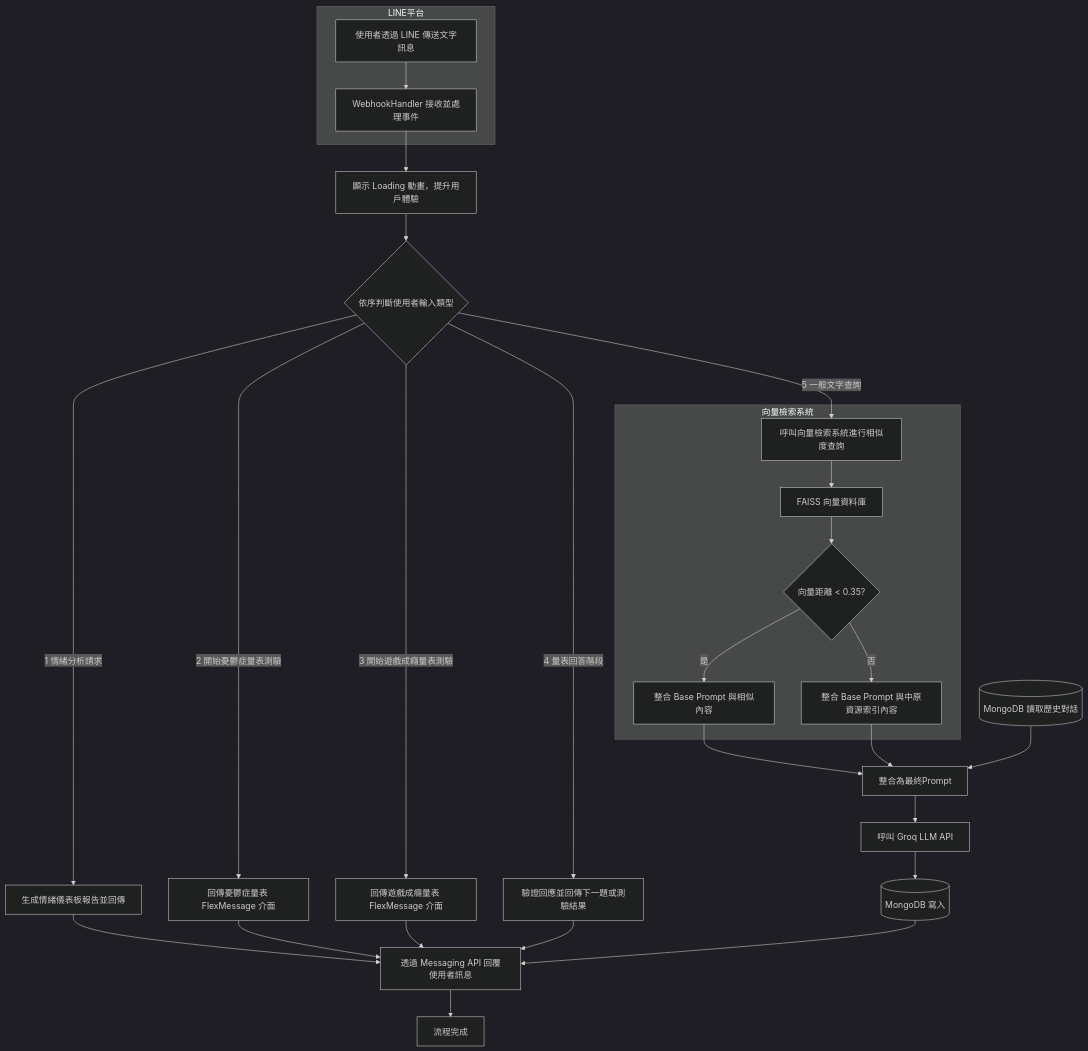
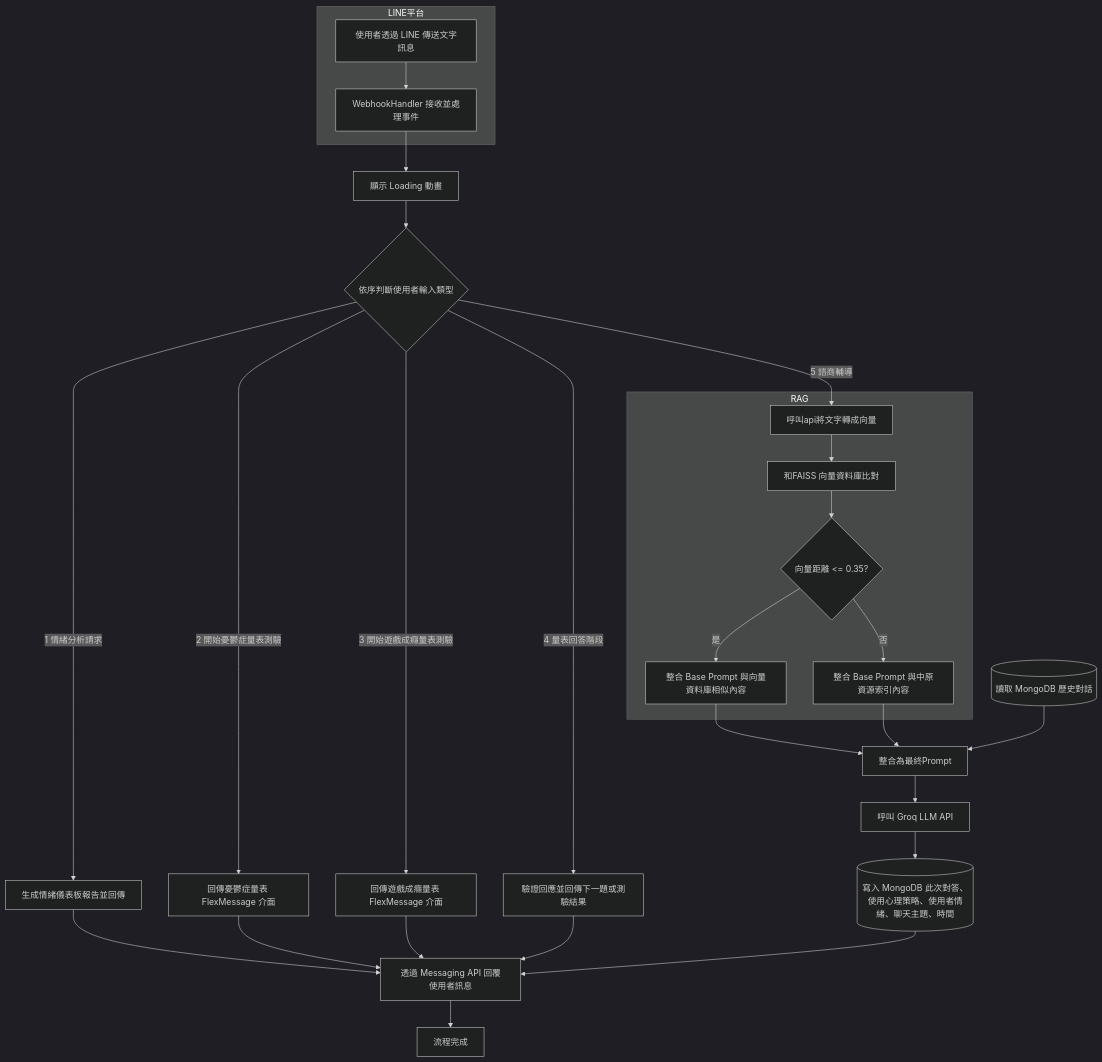
Before and after one commit to aurorajojo/line_app: the diagram in README.md, drawn with Mermaid (dark theme).

````diff
--- a/README.md
+++ b/README.md
@@ -3,48 +3,48 @@
 ```mermaid
 flowchart TD
     subgraph LINE平台
         A[使用者透過 LINE 傳送文字訊息] --> B[WebhookHandler 接收並處理事件]
     end
 
-    B --> C[顯示 Loading 動畫，提升用戶體驗]
+    B --> C[顯示 Loading 動畫]
 
     C --> D{依序判斷使用者輸入類型}
 
     D -->|1 情緒分析請求| E[生成情緒儀表板報告並回傳]
     E --> O1
 
     D -->|2 開始憂鬱症量表測驗| F[回傳憂鬱症量表 FlexMessage 介面]
     F --> O1
 
     D -->|3 開始遊戲成癮量表測驗| G[回傳遊戲成癮量表 FlexMessage 介面]
     G --> O1
 
     D -->|4 量表回答階段| H[驗證回應並回傳下一題或測驗結果]
     H --> O1
 
-    D -->|5 一般文字查詢| I[呼叫向量檢索系統進行相似度查詢]
+    D -->|5 諮商輔導| I[呼叫api將文字轉成向量]
 
-    subgraph 向量檢索系統
-        I --> V1[FAISS 向量資料庫]
-        V1 --> Q{向量距離 < 0.35?}
-        Q -->|是| J[整合 Base Prompt 與相似內容]
+    subgraph RAG
+        I --> V1[和FAISS 向量資料庫比對]
+        V1 --> Q{向量距離 <= 0.35?}
+        Q -->|是| J[整合 Base Prompt 與向量資料庫相似內容]
         Q -->|否| R[整合 Base Prompt 與中原資源索引內容]
     end
 
     
     J --> X[整合為最終Prompt]
     R --> X
     MDB_Read --> X
 
     X --> L[呼叫 Groq LLM API]
-    MDB_Read[(MongoDB 讀取歷史對話)]
-    MDB_Write[(MongoDB 寫入)]
+    MDB_Read[( 讀取 MongoDB 歷史對話)]
+    MDB_Write[( 寫入 MongoDB 此次對答、使用心理策略、使用者情緒、聊天主題、時間)]
 
 
     L --> MDB_Write
         
     
     MDB_Write --> O1
     O1[透過 Messaging API 回覆使用者訊息] --> Z[流程完成]
 
 ```
````
